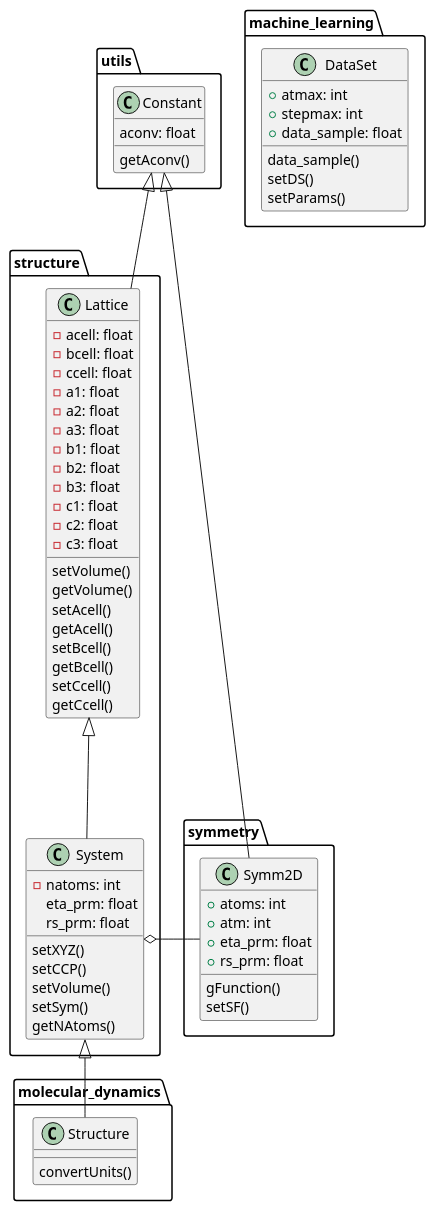
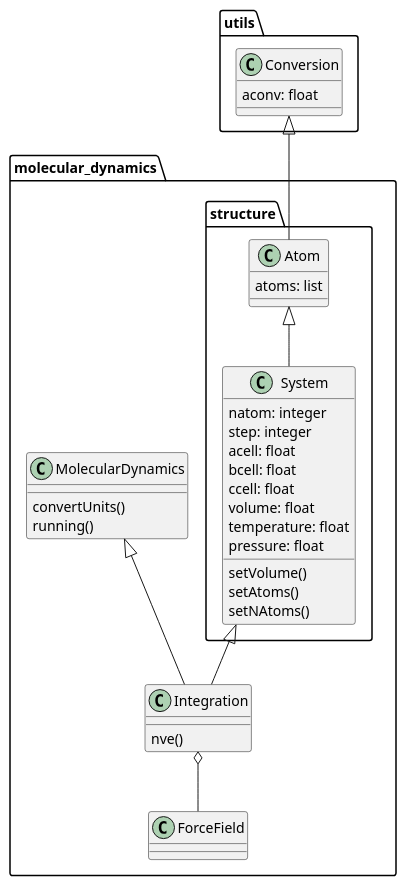
Before and after one commit to flavianowilliams/M3L: the diagram in doc/phase_diagram.puml, drawn with PlantUML. The commit also changed 14 other files, not shown here.

Commit message:
atualizando classe MolecularDynamics

```diff
--- a/doc/phase_diagram.puml
+++ b/doc/phase_diagram.puml
@@ -1,72 +1,41 @@
 @startuml M3L
 package utils{
-    class Constant{
+    class Conversion{
         aconv: float
-        getAconv()
     }
+  }
+package molecular_dynamics{
+    class MolecularDynamics{
+        convertUnits()
+        running()
+    }
+    class Integration{
+        nve()
+    }
+    class ForceField{
+  }
+package structure{
+    class System{
+      natom: integer
+      step: integer
+      acell: float
+      bcell: float
+      ccell: float
+      volume: float
+      temperature: float
+      pressure: float
+      setVolume()
+      setAtoms()
+      setNAtoms()
+    }
+    class Atom{
+        atoms: list
+    }
+  }
 }
-package structure{
-    class Lattice{
-        -acell: float
-        -bcell: float
-        -ccell: float
-        -a1: float
-        -a2: float
-        -a3: float
-        -b1: float
-        -b2: float
-        -b3: float
-        -c1: float
-        -c2: float
-        -c3: float
-        setVolume()
-        getVolume()
-        setAcell()
-        getAcell()
-        setBcell()
-        getBcell()
-        setCcell()
-        getCcell()
-    }
-    class System{
-        -natoms: int
-        eta_prm: float
-        rs_prm: float
-        setXYZ()
-        setCCP()
-        setVolume()
-        setSym()
-        getNAtoms()
-    }
-}
-package symmetry{
-    class Symm2D{
-        +atoms: int
-        +atm: int
-        +eta_prm: float
-        +rs_prm: float
-        gFunction()
-        setSF()
-    }
-}
-package machine_learning{
-    class DataSet{
-        +atmax: int
-        +stepmax: int
-        +data_sample: float
-        data_sample()
-        setDS()
-        setParams()
-    }
-}
-package molecular_dynamics{
-    class Structure{
-        convertUnits()    
-    }
-}
-Constant <|-- Lattice
-Constant <|-- Symm2D
-System <|-- Structure
-System o-right- Symm2D
-Lattice <|--- System
+Conversion <|-- Atom
+Integration o-- ForceField
+MolecularDynamics <|-- Integration
+System <|-- Integration
+Atom <|-- System
 @enduml
```
